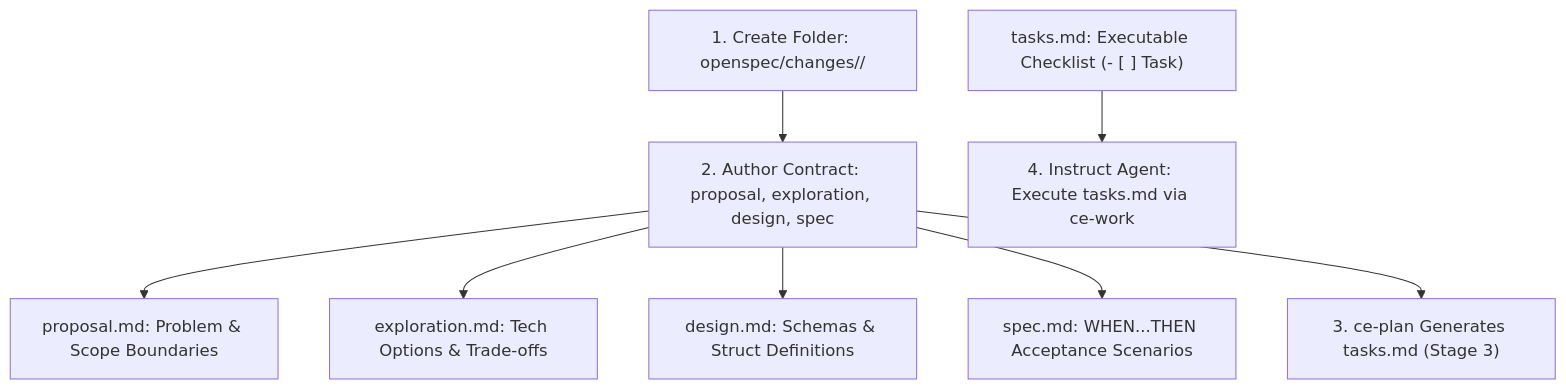
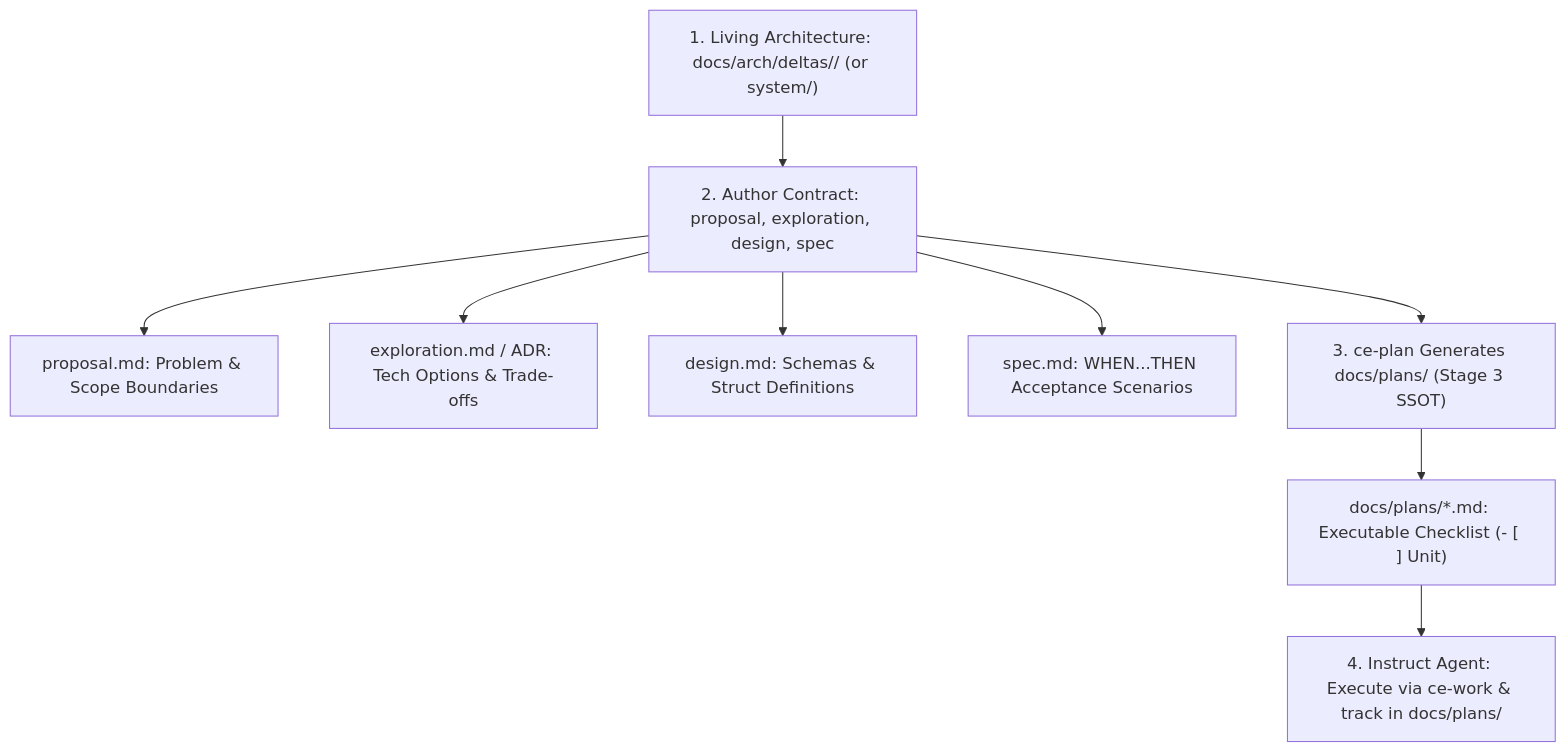
Before and after one commit to mastepanoski/ce-ai: the eighth of 9 diagrams in docs/user-guide/quick-start-workflow-guide.md, drawn with Mermaid. The commit also changed other lines of this file and 5 other files, not shown here.

Commit message:
docs(guides): align user guides with docs/arch living architecture and docs/plans SSOT (#499)

````diff
--- a/docs/user-guide/quick-start-workflow-guide.md
+++ b/docs/user-guide/quick-start-workflow-guide.md
@@ -306,11 +306,12 @@
 ```mermaid
 flowchart TD
-    DIR["1. Create Folder: openspec/changes/<feature_name>/"] --> FILES["2. Author Contract: proposal, exploration, design, spec"]
+    DIR["1. Living Architecture: docs/arch/deltas/<feature>/ (or system/)"] --> FILES["2. Author Contract: proposal, exploration, design, spec"]
     FILES --> PROP["proposal.md: Problem & Scope Boundaries"]
-    FILES --> EXPL["exploration.md: Tech Options & Trade-offs"]
+    FILES --> EXPL["exploration.md / ADR: Tech Options & Trade-offs"]
     FILES --> DES["design.md: Schemas & Struct Definitions"]
     FILES --> SPEC["spec.md: WHEN...THEN Acceptance Scenarios"]
 
-    FILES --> PLAN["3. ce-plan Generates tasks.md (Stage 3)"]
-    TASK["tasks.md: Executable Checklist (- [ ] Task)"] --> INSTRUCT["4. Instruct Agent: Execute tasks.md via ce-work"]
+    FILES --> PLAN["3. ce-plan Generates docs/plans/ (Stage 3 SSOT)"]
+    PLAN --> TASK["docs/plans/*.md: Executable Checklist (- [ ] Unit)"]
+    TASK --> INSTRUCT["4. Instruct Agent: Execute via ce-work & track in docs/plans/"]
 ```
````
